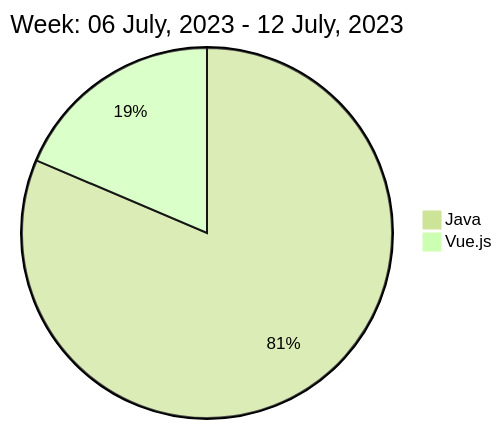
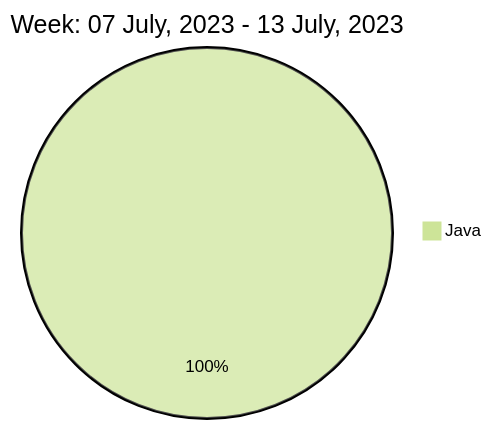
The diagram in README.md (liubin95/liubin95), drawn with Mermaid (forest theme) before and after one commit.

Commit message:
Updated the Graph with new Metrics

````diff
--- a/README.md
+++ b/README.md
@@ -40,6 +40,5 @@
 ```mermaid
  pie
-title Week: 06 July, 2023 - 12 July, 2023
- "Java" : 11.95
- "Vue.js" : 2.73
+title Week: 07 July, 2023 - 13 July, 2023
+ "Java" : 10.5
 ```
````
